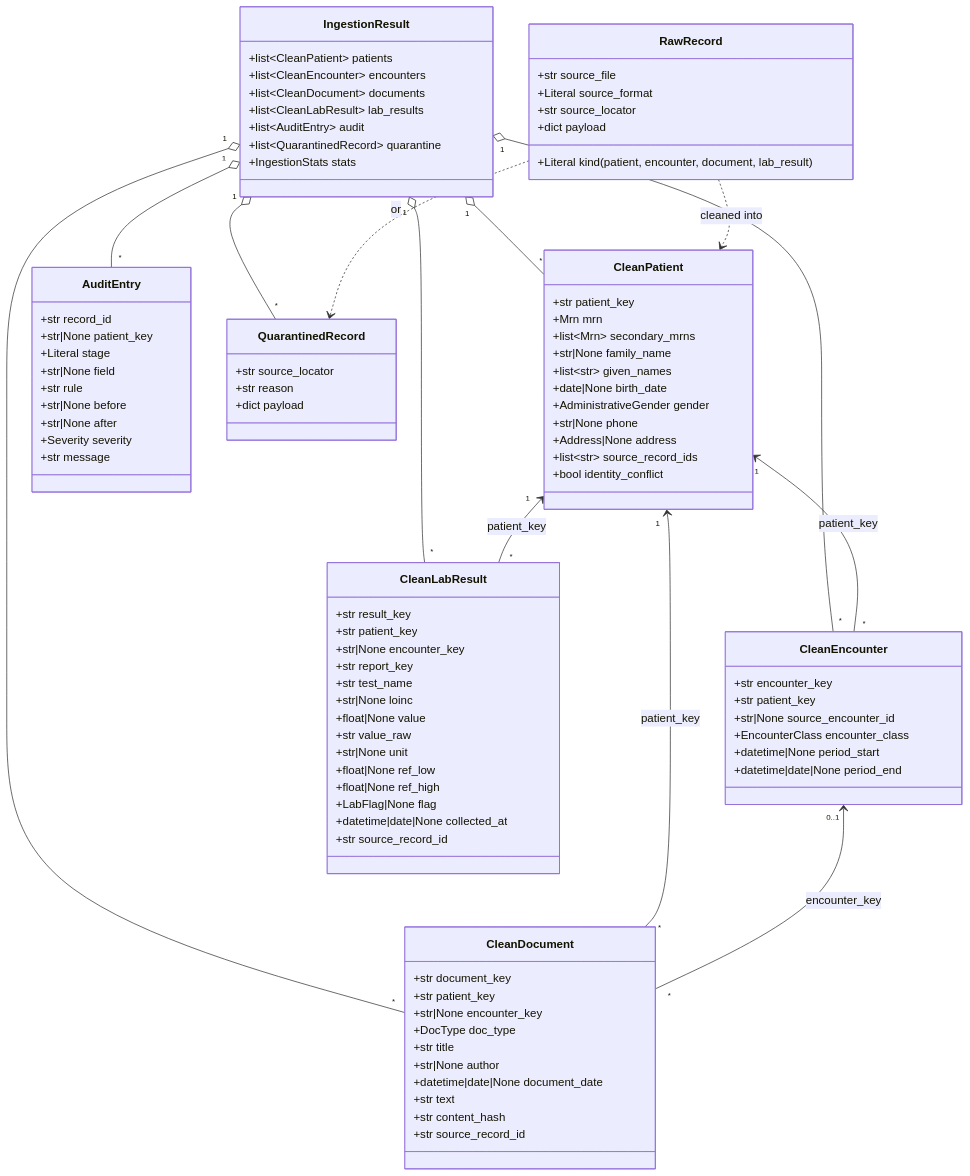
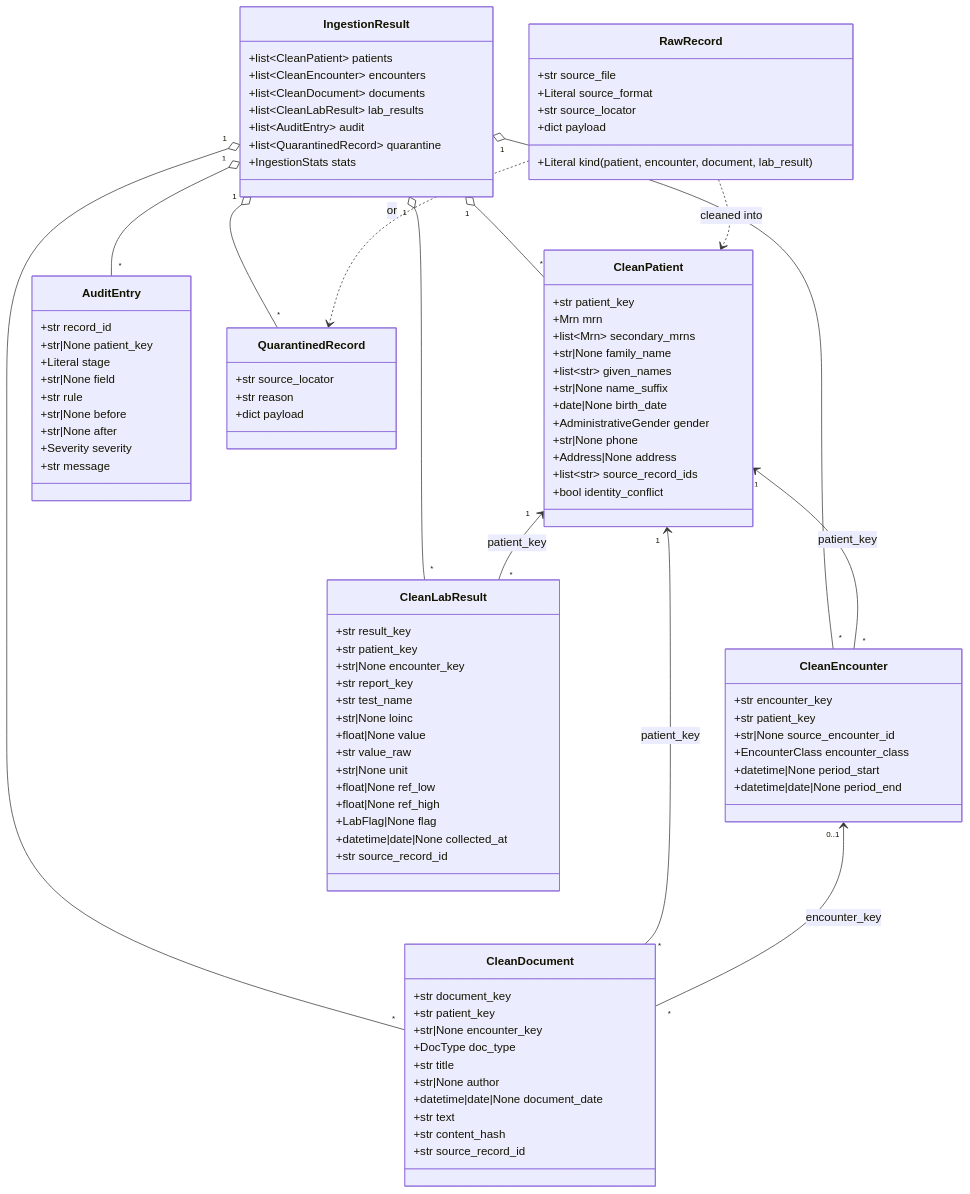
Before and after one commit to RasAbrish/ehr-media-intelligence: the second of 5 diagrams in docs/03-DATA-MODEL.md, drawn with Mermaid. The commit also changed other lines of this file and 12 other files, not shown here.

```diff
--- a/docs/03-DATA-MODEL.md
+++ b/docs/03-DATA-MODEL.md
@@ -97,6 +97,7 @@
         +list~Mrn~ secondary_mrns
         +str|None family_name
         +list~str~ given_names
+        +str|None name_suffix
         +date|None birth_date
         +AdministrativeGender gender
         +str|None phone
```
